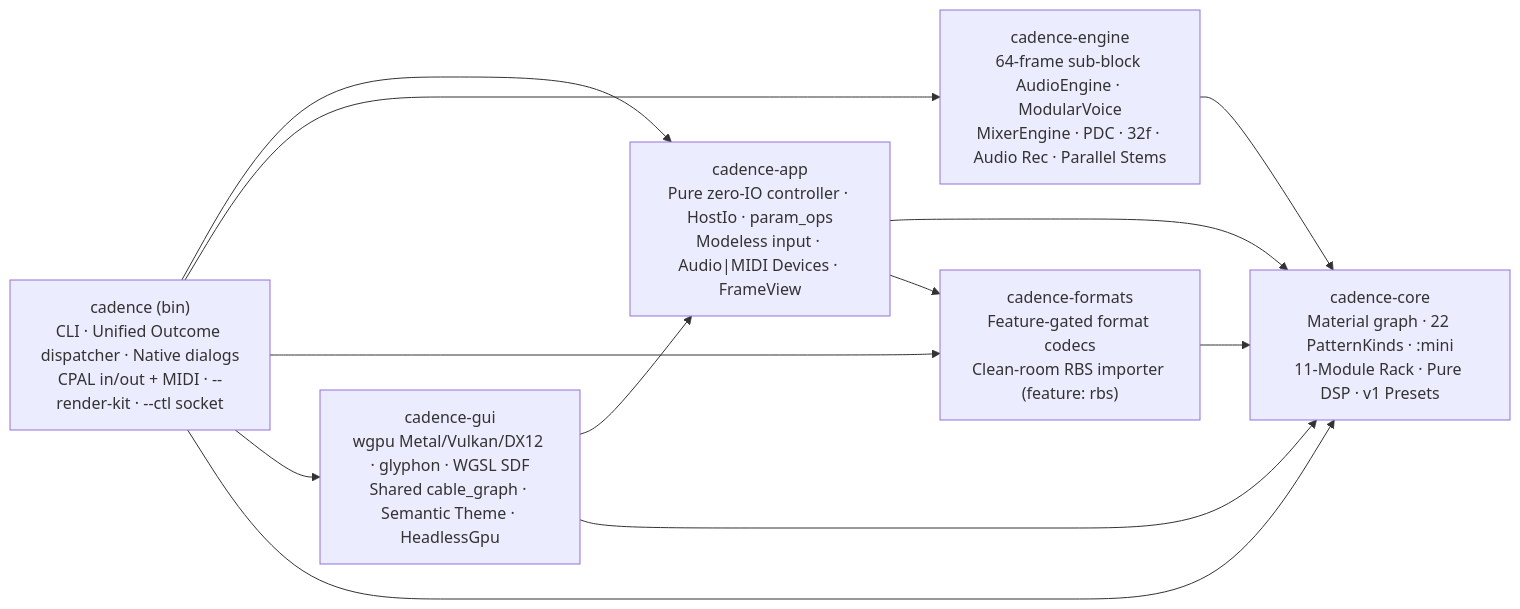
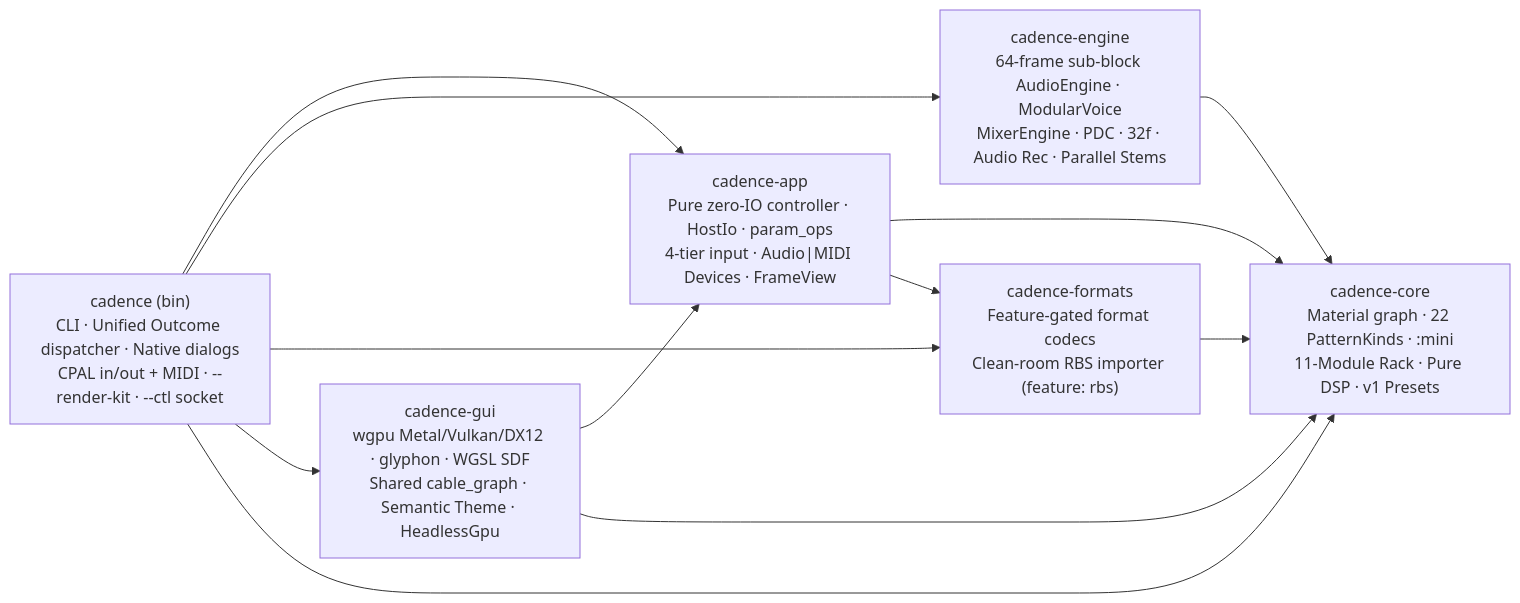
The diagram in ARCHITECTURE.md (cadencefm/cadence), drawn with Mermaid before and after one commit. The commit also changed other lines of this file and 26 other files, not shown here.

````diff
--- a/ARCHITECTURE.md
+++ b/ARCHITECTURE.md
@@ -7,21 +7,21 @@
 ```mermaid
 flowchart LR
   Core["cadence-core<br/>Material graph · 22 PatternKinds · :mini<br/>11-Module Rack · Pure DSP · v1 Presets"]
   Formats["cadence-formats<br/>Feature-gated format codecs<br/>Clean-room RBS importer (feature: rbs)"]
   Engine["cadence-engine<br/>64-frame sub-block AudioEngine · ModularVoice<br/>MixerEngine · PDC · 32f · Audio Rec · Parallel Stems"]
-  App["cadence-app<br/>Pure zero-IO controller · HostIo · param_ops<br/>Modeless input · Audio|MIDI Devices · FrameView"]
+  App["cadence-app<br/>Pure zero-IO controller · HostIo · param_ops<br/>4-tier input · Audio|MIDI Devices · FrameView"]
   Gui["cadence-gui<br/>wgpu Metal/Vulkan/DX12 · glyphon · WGSL SDF<br/>Shared cable_graph · Semantic Theme · HeadlessGpu"]
   Host["cadence (bin)<br/>CLI · Unified Outcome dispatcher · Native dialogs<br/>CPAL in/out + MIDI · --render-kit · --ctl socket"]
 
   Formats --> Core
   Engine --> Core
   App --> Core
   App --> Formats
   Gui --> App
   Gui --> Core
   Host --> App
   Host --> Engine
   Host --> Formats
   Host --> Gui
   Host --> Core
 ```
````
